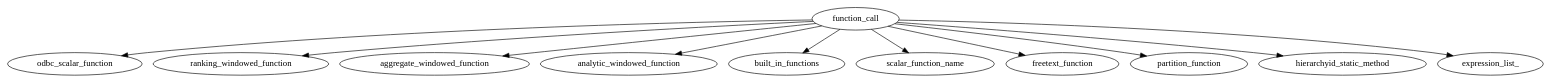
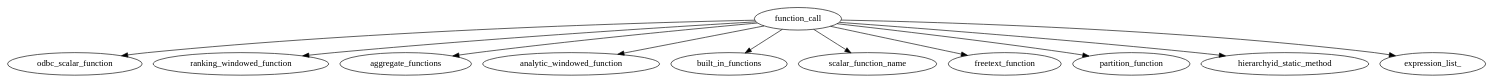
Before and after one commit to Crary-Systems/tree-sitter-tsql: the diagram in docs/roadmap/grammar/function_call.dot, drawn with Graphviz. The commit also changed 16 other files, not shown here.

Commit message:
Hoist aggregate functions to seperate grammar module

```diff
--- a/docs/roadmap/grammar/function_call.dot
+++ b/docs/roadmap/grammar/function_call.dot
@@ -1,16 +1,16 @@
 digraph {
   function_call
 
   function_call -> odbc_scalar_function
 
   function_call -> ranking_windowed_function
-  function_call -> aggregate_windowed_function
+  function_call -> aggregate_functions
   function_call -> analytic_windowed_function
   function_call -> built_in_functions
   function_call -> scalar_function_name
   function_call -> freetext_function
   function_call -> partition_function
   function_call -> hierarchyid_static_method
   function_call -> expression_list_
 
 }
```
